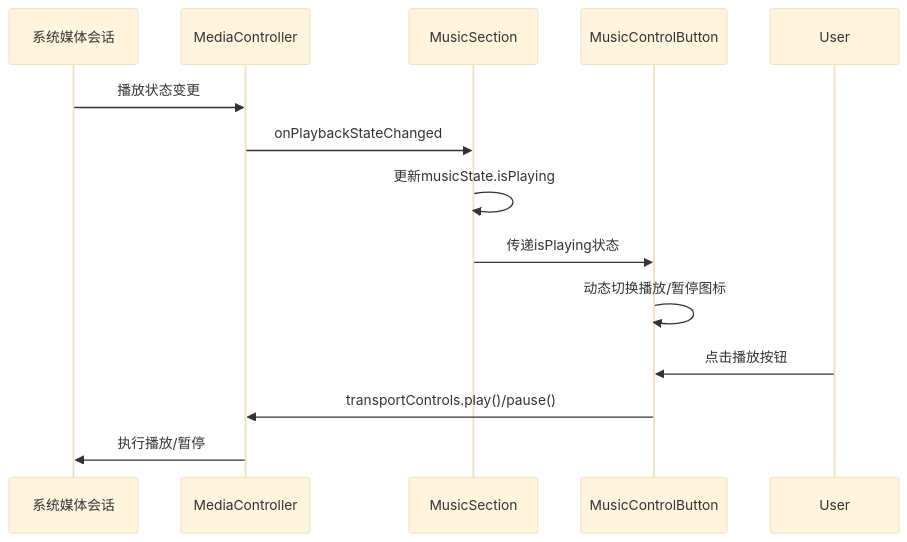
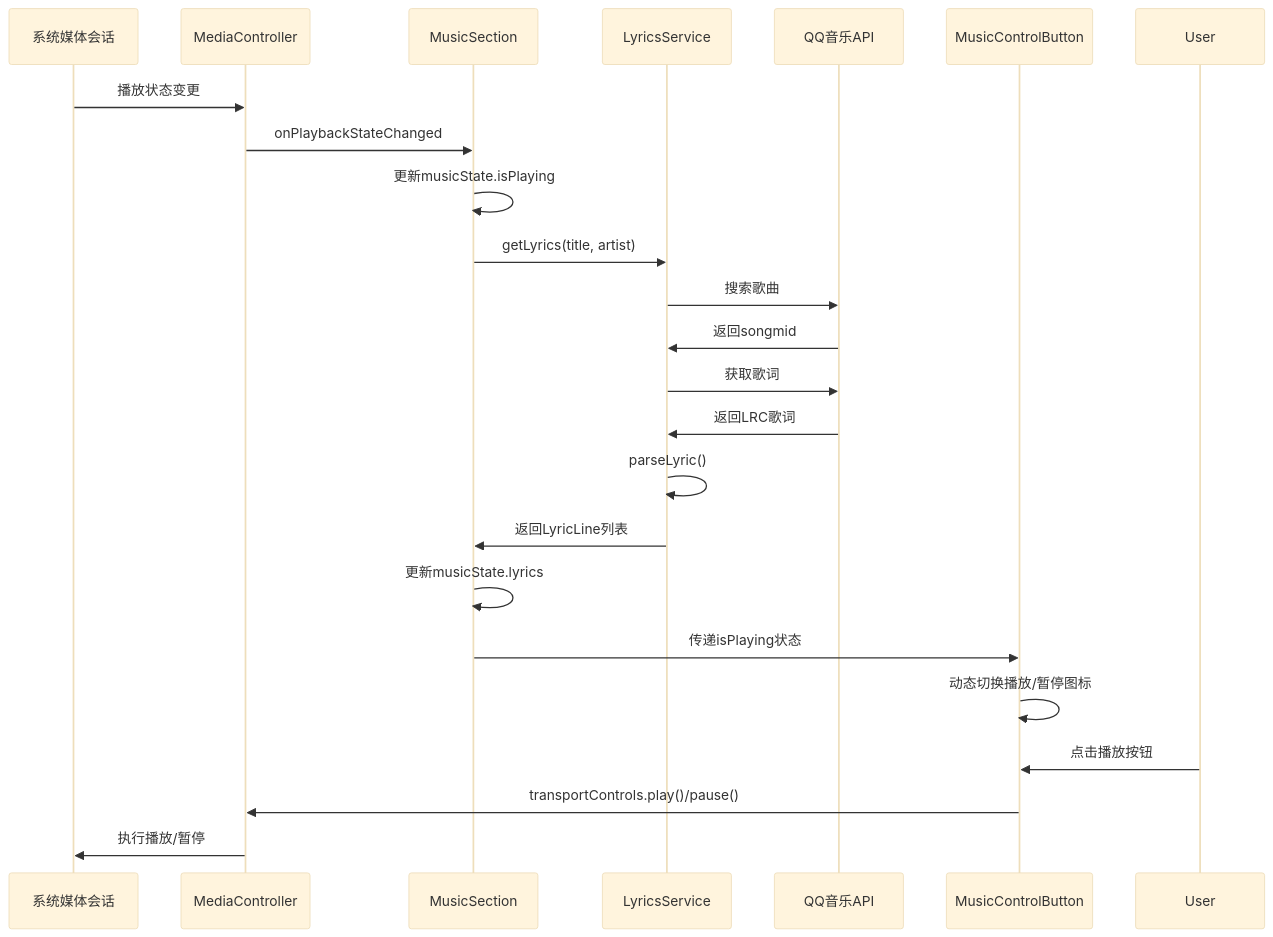
Before and after one commit to lantongxue/MyCarLauncher: the second of 8 diagrams in .qoder/repowiki/zh/content/核心功能/音乐控制/音乐控制UI组件.md, drawn with Mermaid (base theme). The commit also changed other lines of this file and 3 other files, not shown here.

````diff
--- a/.qoder/repowiki/zh/content/核心功能/音乐控制/音乐控制UI组件.md
+++ b/.qoder/repowiki/zh/content/核心功能/音乐控制/音乐控制UI组件.md
@@ -75,15 +93,25 @@
 ```mermaid
 sequenceDiagram
 participant System as 系统媒体会话
 participant Controller as MediaController
 participant MusicSection as MusicSection
+participant LyricsService as LyricsService
+participant QQMusic as QQ音乐API
 participant Button as MusicControlButton
 System->>Controller : 播放状态变更
 Controller->>MusicSection : onPlaybackStateChanged
 MusicSection->>MusicSection : 更新musicState.isPlaying
+MusicSection->>LyricsService : getLyrics(title, artist)
+LyricsService->>QQMusic : 搜索歌曲
+QQMusic->>LyricsService : 返回songmid
+LyricsService->>QQMusic : 获取歌词
+QQMusic->>LyricsService : 返回LRC歌词
+LyricsService->>LyricsService : parseLyric()
+LyricsService->>MusicSection : 返回LyricLine列表
+MusicSection->>MusicSection : 更新musicState.lyrics
 MusicSection->>Button : 传递isPlaying状态
 Button->>Button : 动态切换播放/暂停图标
 User->>Button : 点击播放按钮
 Button->>Controller : transportControls.play()/pause()
 Controller->>System : 执行播放/暂停
 ```
````
